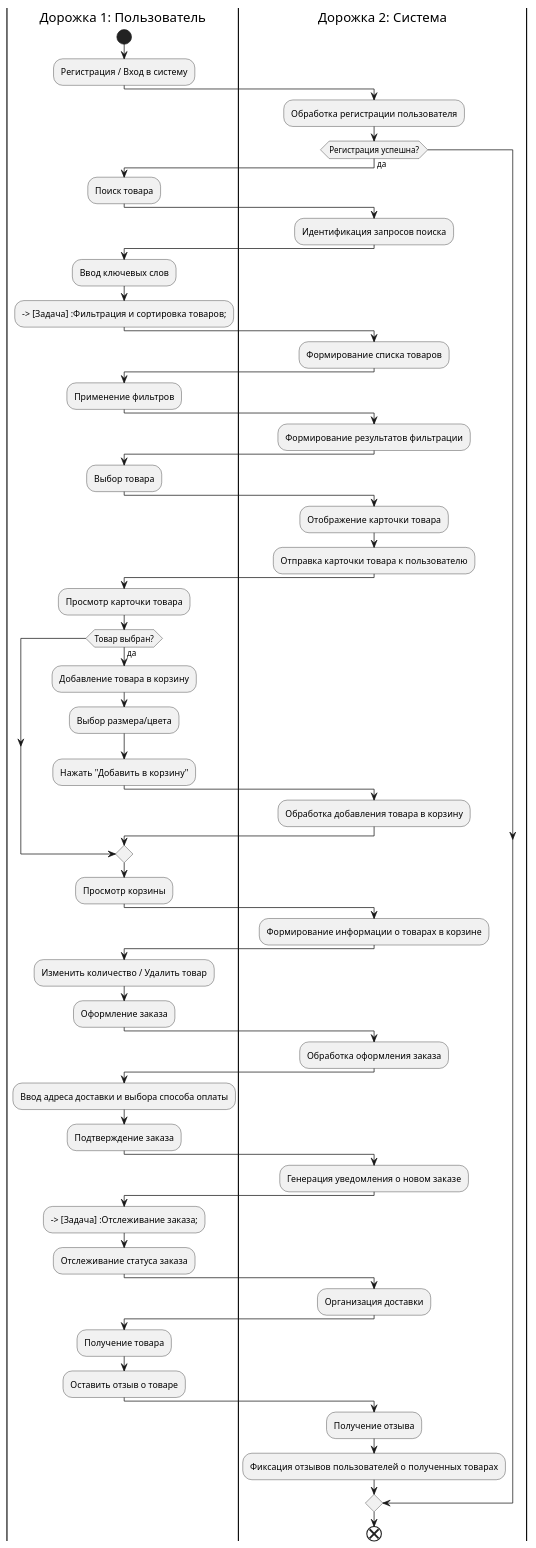
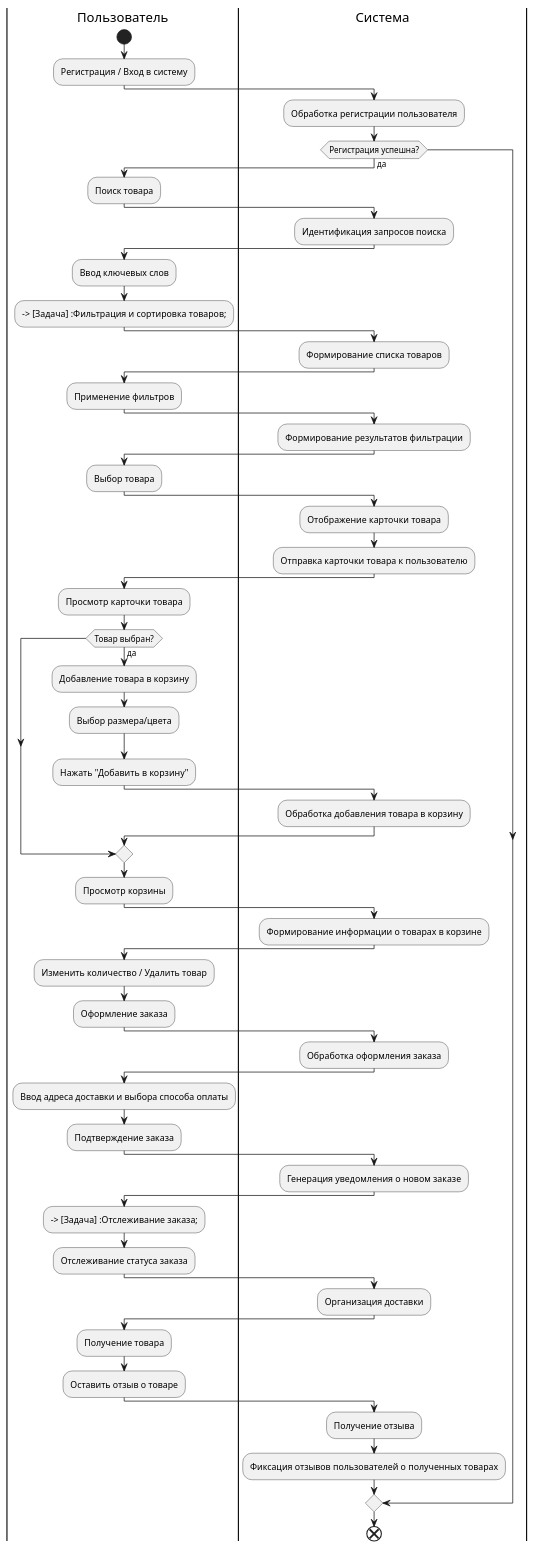
One commit to Xeniaprospere/buyer2 changed the diagram in 2.puml. Above: the diagram before and after it, drawn with PlantUML. The commit also changed 2 other files, not shown here.

```diff
--- a/2.puml
+++ b/2.puml
@@ -1,64 +1,64 @@
 @startuml
-|Дорожка 1: Пользователь|
+|Пользователь|
 start
-|Дорожка 1: Пользователь|
+|Пользователь|
 :Регистрация / Вход в систему;
-|Дорожка 2: Система|
+|Система|
 :Обработка регистрации пользователя;
 
 if (Регистрация успешна?) then (да)
-|Дорожка 1: Пользователь|
+|Пользователь|
 :Поиск товара;
-|Дорожка 2: Система|
+|Система|
 :Идентификация запросов поиска;
-|Дорожка 1: Пользователь|
+|Пользователь|
     :Ввод ключевых слов;
     --> [Задача] :Фильтрация и сортировка товаров;
-|Дорожка 2: Система|
+|Система|
 :Формирование списка товаров;
-|Дорожка 1: Пользователь|
+|Пользователь|
     :Применение фильтров;
-|Дорожка 2: Система|
+|Система|
 :Формирование результатов фильтрации;
-|Дорожка 1: Пользователь|
+|Пользователь|
     :Выбор товара;
-|Дорожка 2: Система|
+|Система|
 :Отображение карточки товара;
 :Отправка карточки товара к пользователю;
-|Дорожка 1: Пользователь|
+|Пользователь|
     :Просмотр карточки товара;
     if (Товар выбран?) then (да)
         :Добавление товара в корзину;
         :Выбор размера/цвета;
         :Нажать "Добавить в корзину";
-|Дорожка 2: Система|
+|Система|
 :Обработка добавления товара в корзину;
-|Дорожка 1: Пользователь|
+|Пользователь|
     endif
     :Просмотр корзины;
-|Дорожка 2: Система|
+|Система|
 :Формирование информации о товарах в корзине;
-|Дорожка 1: Пользователь|
+|Пользователь|
     :Изменить количество / Удалить товар;
     :Оформление заказа;
-|Дорожка 2: Система|
+|Система|
 :Обработка оформления заказа;
-|Дорожка 1: Пользователь|
+|Пользователь|
     :Ввод адреса доставки и выбора способа оплаты;
     :Подтверждение заказа;
-|Дорожка 2: Система|
+|Система|
 :Генерация уведомления о новом заказе;
-|Дорожка 1: Пользователь|
+|Пользователь|
     --> [Задача] :Отслеживание заказа;
     :Отслеживание статуса заказа;
-|Дорожка 2: Система|
+|Система|
 :Организация доставки;
-|Дорожка 1: Пользователь|
+|Пользователь|
     :Получение товара;
     :Оставить отзыв о товаре;
-|Дорожка 2: Система|
+|Система|
 :Получение отзыва;
 :Фиксация отзывов пользователей о полученных товарах;
 endif
 end
 @enduml
```
